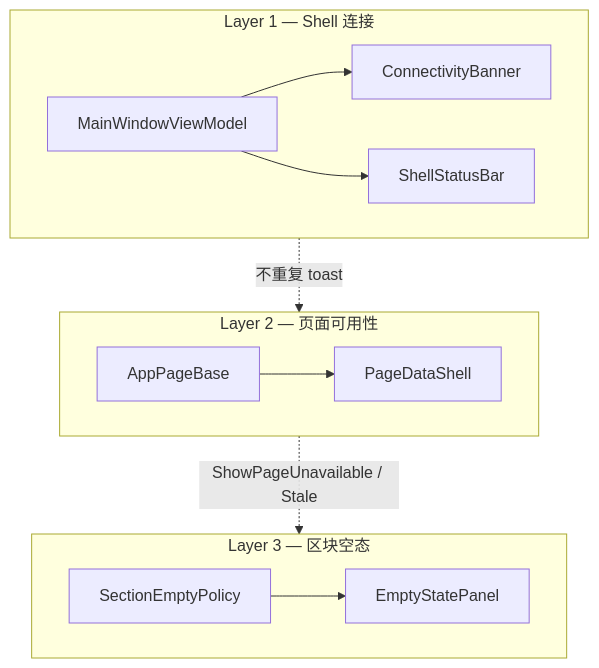
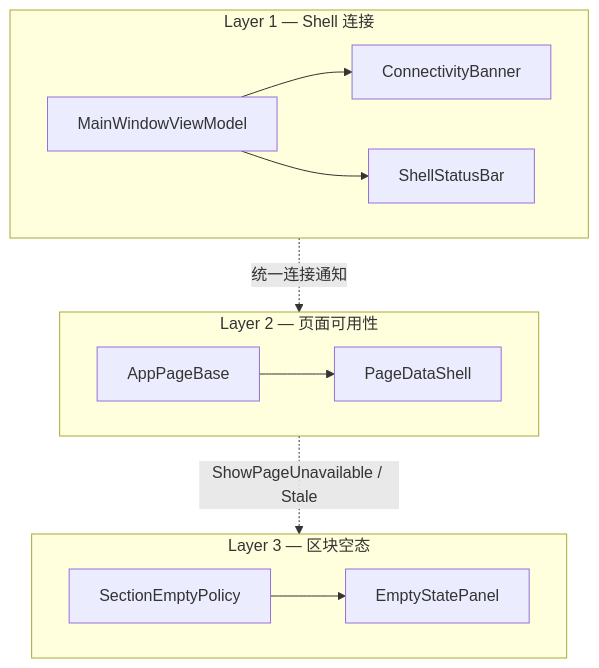
One commit to pacmandoh/pactoolkits changed the diagram in docs/architecture/desktop-state.md. Above: the diagram before and after it, drawn with Mermaid. The commit also changed other lines of this file and 18 other files, not shown here.

````diff
--- a/docs/architecture/desktop-state.md
+++ b/docs/architecture/desktop-state.md
@@ -9,25 +9,25 @@
 ```mermaid
 flowchart TB
   subgraph L1["Layer 1 — Shell 连接"]
     MW["MainWindowViewModel"]
     Banner["ConnectivityBanner"]
     Status["ShellStatusBar"]
     MW --> Banner
     MW --> Status
   end
 
   subgraph L2["Layer 2 — 页面可用性"]
     Base["AppPageBase"]
     Shell["PageDataShell"]
     Base --> Shell
   end
 
   subgraph L3["Layer 3 — 区块空态"]
     Empty["EmptyStatePanel"]
     Policy["SectionEmptyPolicy"]
     Policy --> Empty
   end
 
-  L1 -.->|不重复 toast| L2
+  L1 -.->|统一连接通知| L2
   L2 -.->|ShowPageUnavailable / Stale| L3
 ```
````
